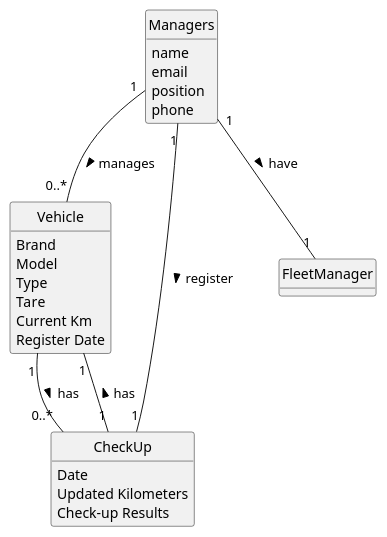
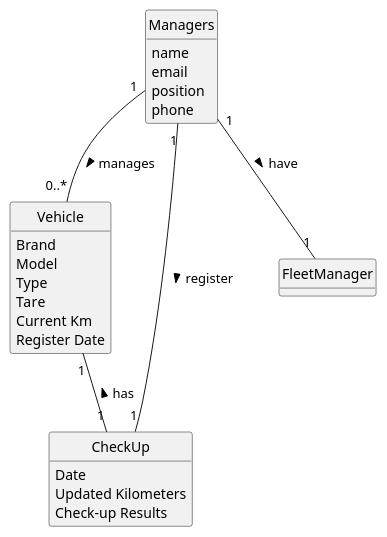
Before and after one commit to Departamento-de-Engenharia-Informatica/lei-24-s2-1df-1de-g063: the diagram in docs/sprintA/us007/02.analysis/puml/us007-domain-model.puml, drawn with PlantUML. The commit also changed 8 other files, not shown here.

```diff
--- a/docs/sprintA/us007/02.analysis/puml/us007-domain-model.puml
+++ b/docs/sprintA/us007/02.analysis/puml/us007-domain-model.puml
@@ -1,45 +1,44 @@
 @startuml
 skinparam monochrome true
 skinparam packageStyle rectangle
 skinparam shadowing false
 skinparam monochrome true
 skinparam packageStyle rectangle
 skinparam shadowing false
 'skinparam linetype ortho
 'left to right direction
 skinparam classAttributeIconSize 0
 hide circle
 hide methods
 
 class Vehicle {
   Brand
   Model
   Type
   Tare
   Current Km
   Register Date
 }
 
 class CheckUp {
   Date
   Updated Kilometers
   Check-up Results
 }
 
 class FleetManager {
 
 }
 
 class Managers {
     name
     email
     position
     phone
 }
 Managers "1" -- "1" CheckUp : register >
 Managers "1" -- "1" FleetManager : have >
-Vehicle "1" -- "0..*" CheckUp : has >
 Vehicle "1" -- "1" CheckUp : has <
 Managers "1" -- "0..*" Vehicle : manages >
 
 @enduml
```
